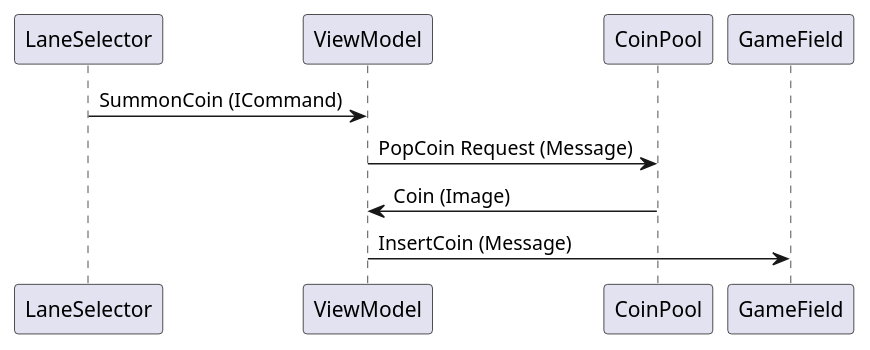
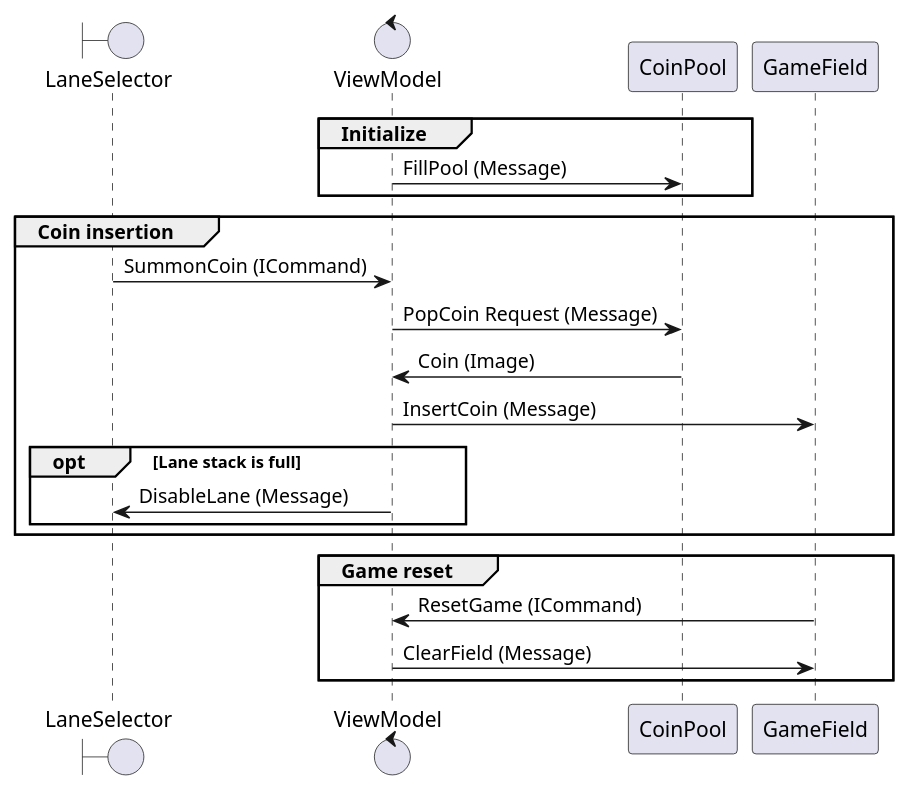
The second of 3 diagrams in uml/GomokuNarabe.puml (tatsuya19871219/MauiGomokuNarabeGame), drawn with PlantUML before and after one commit. The commit also changed other lines of this file, not shown here.

Commit message:
Update UML

```diff
--- a/uml/GomokuNarabe.puml
+++ b/uml/GomokuNarabe.puml
@@ -60,8 +60,29 @@
-@startuml CoinInsertSequence
+@startuml SequenceDiagram
 
+boundary LaneSelector
+control ViewModel
+
+
+group Initialize
+ViewModel -> CoinPool : FillPool (Message)
+end
+
+group Coin insertion
 LaneSelector -> ViewModel : SummonCoin (ICommand)
 ViewModel -> CoinPool : PopCoin Request (Message)
 CoinPool -> ViewModel : Coin (Image)
 ViewModel -> GameField : InsertCoin (Message)
+opt Lane stack is full
+ViewModel -> LaneSelector : DisableLane (Message)
+end
+end
+
+group Game reset
+GameField -> ViewModel : ResetGame (ICommand)
+'ViewModel -> Model : Reset (Method)
+ViewModel -> GameField : ClearField (Message)
+'ViewModel -> GameField : Reset (Message)
+'ViewModel -> CoinPool : Reset (Message)
+end
 
 @enduml
```
